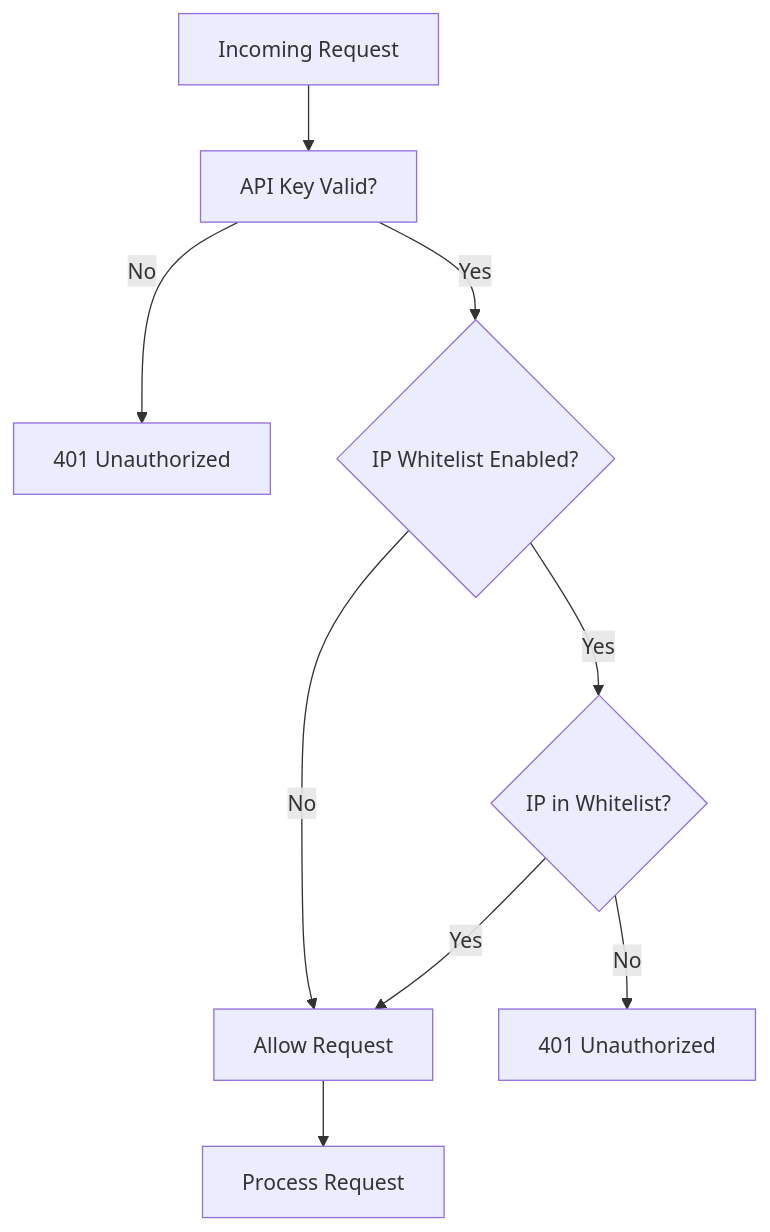
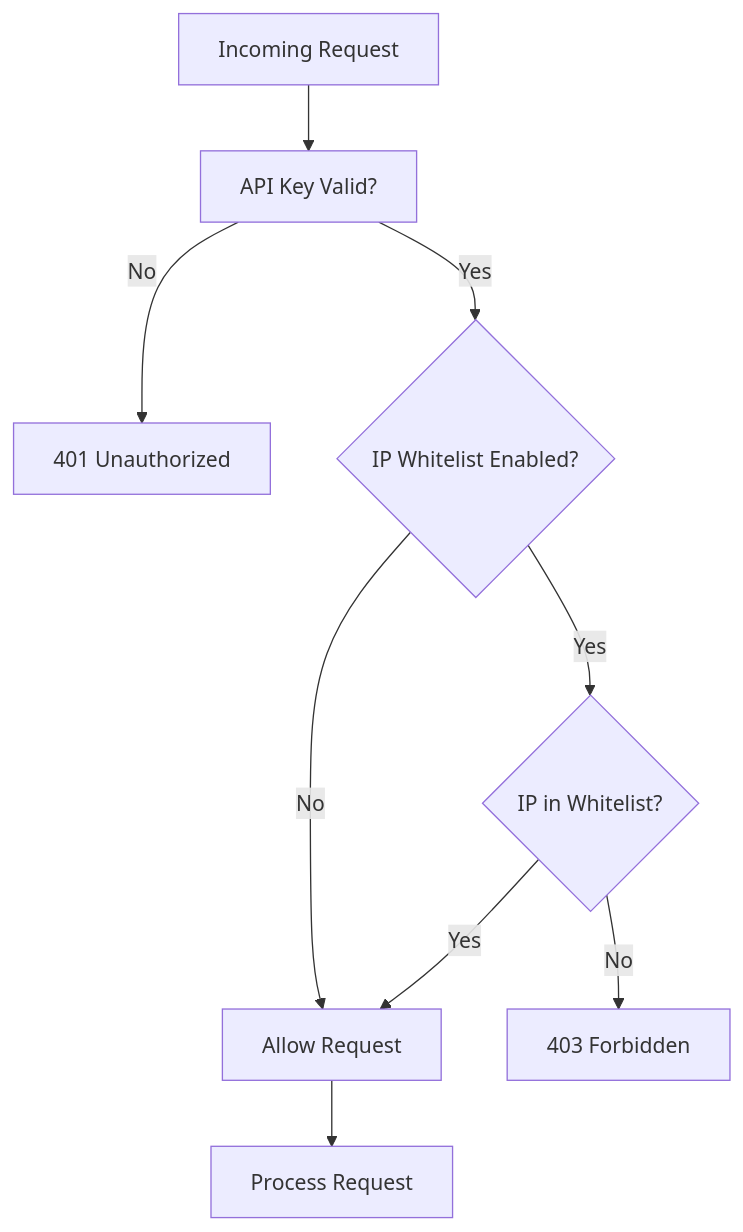
Before and after one commit to AntoineTROOVY/Sherlo: the third of 9 diagrams in docs/04-security-design.md, drawn with Mermaid. The commit also changed other lines of this file and 16 other files, not shown here.

````diff
--- a/docs/04-security-design.md
+++ b/docs/04-security-design.md
@@ -109,11 +109,11 @@
 ```mermaid
 flowchart TB
     REQ[Incoming Request] --> AUTH[API Key Valid?]
     AUTH -->|No| R401[401 Unauthorized]
     AUTH -->|Yes| WL{IP Whitelist Enabled?}
     WL -->|No| ALLOW[Allow Request]
     WL -->|Yes| CHECK{IP in Whitelist?}
-    CHECK -->|No| RIP[401 Unauthorized]
+    CHECK -->|No| RIP[403 Forbidden]
     CHECK -->|Yes| ALLOW
     ALLOW --> PROCESS[Process Request]
 ```
````
